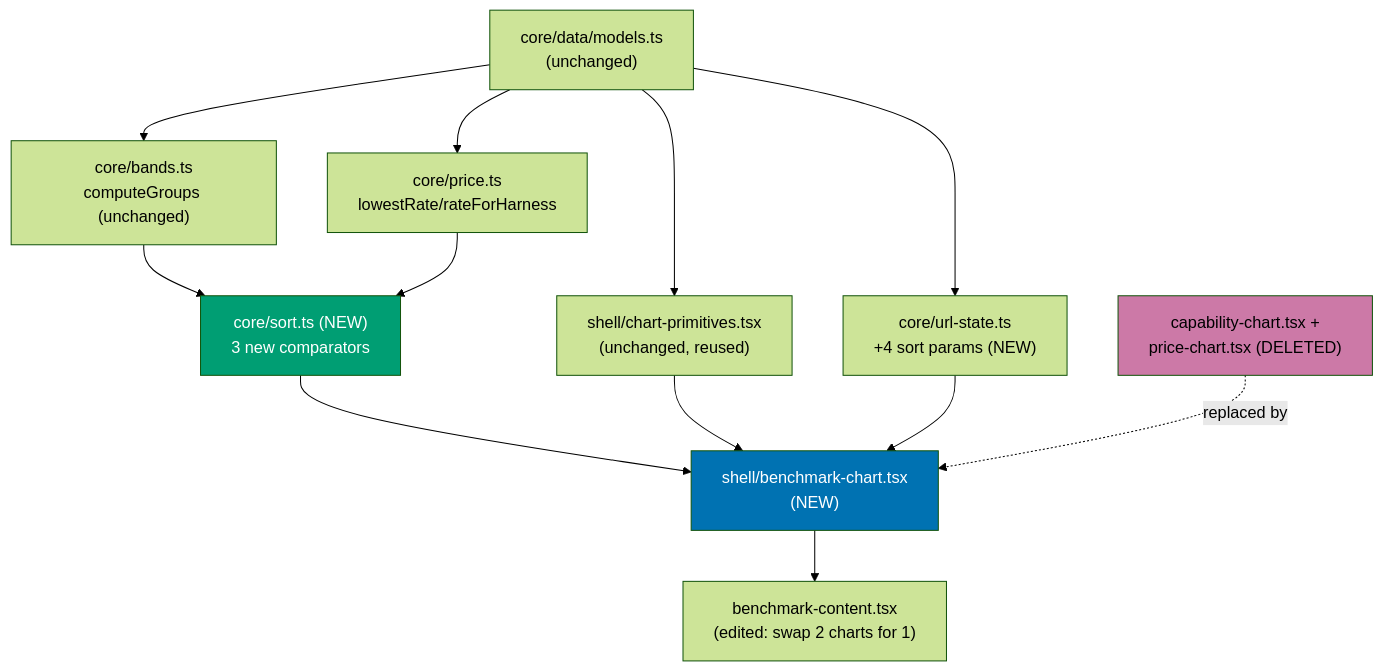
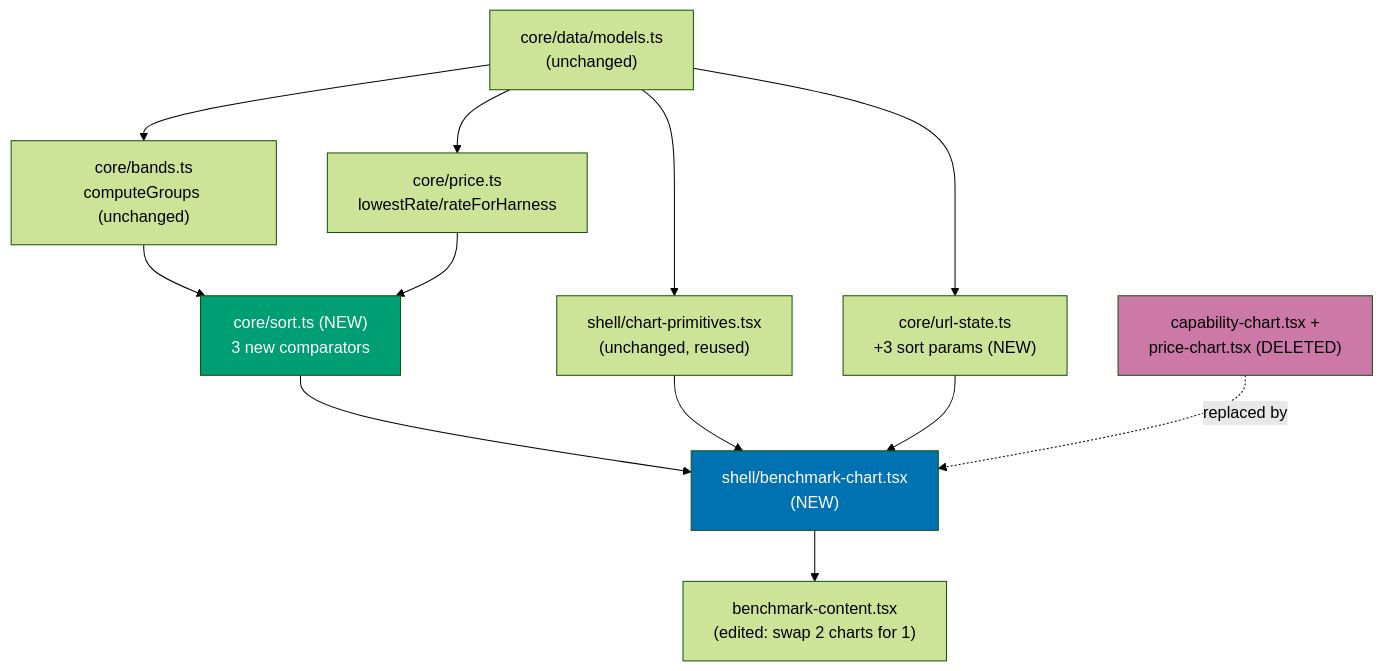
The first of 3 diagrams in plans/in-progress/ayokoding-www-ai-benchmark-merged-chart/tech-docs.md (wahidyankf/open-sharia-fintech), drawn with Mermaid (forest theme) before and after one commit. The commit also changed other lines of this file and 3 other files, not shown here.

````diff
--- a/plans/in-progress/ayokoding-www-ai-benchmark-merged-chart/tech-docs.md
+++ b/plans/in-progress/ayokoding-www-ai-benchmark-merged-chart/tech-docs.md
@@ -5,19 +5,19 @@
 ```mermaid
 %% Dependency position — the merged chart's place in the existing ai-benchmark module graph
 flowchart TB
   Data["core/data/models.ts<br/>(unchanged)"] --> Bands["core/bands.ts<br/>computeGroups (unchanged)"]
   Data --> Price["core/price.ts<br/>lowestRate/rateForHarness"]
   Data --> Primitives["shell/chart-primitives.tsx<br/>(unchanged, reused)"]
-  Data --> UrlState["core/url-state.ts<br/>+4 sort params (NEW)"]
+  Data --> UrlState["core/url-state.ts<br/>+3 sort params (NEW)"]
   Bands --> Sort["core/sort.ts (NEW)<br/>3 new comparators"]
   Price --> Sort
   Sort --> Chart["shell/benchmark-chart.tsx<br/>(NEW)"]
   Primitives --> Chart
   UrlState --> Chart
   Chart --> Content["benchmark-content.tsx<br/>(edited: swap 2 charts for 1)"]
   Removed["capability-chart.tsx +<br/>price-chart.tsx (DELETED)"] -.replaced by.-> Chart
 
   style Chart fill:#0072B2,color:#FFFFFF
   style Sort fill:#009E73,color:#FFFFFF
   style Removed fill:#CC79A7,color:#000000
 ```
````
